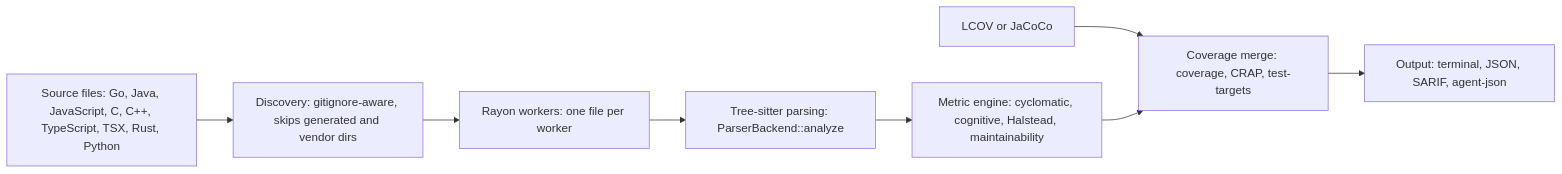
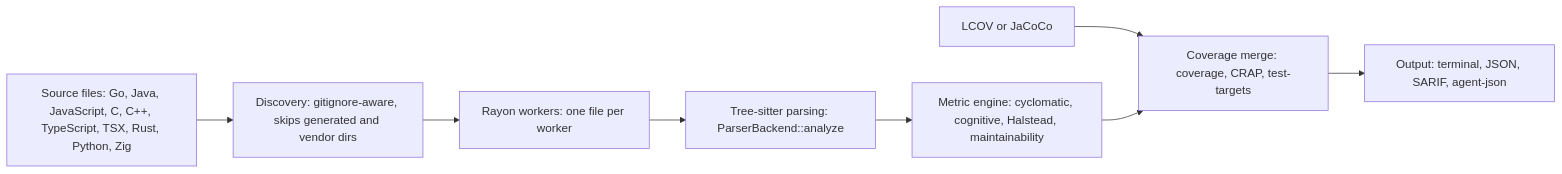
The first of 3 diagrams in README.md (jbt95/leadline), drawn with Mermaid before and after one commit. The commit also changed other lines of this file and 5 other files, not shown here.

````diff
--- a/README.md
+++ b/README.md
@@ -35,10 +35,10 @@
 ```mermaid
 flowchart LR
-    Sources["Source files: Go, Java, JavaScript, C, C++, TypeScript, TSX, Rust, Python"] --> Discovery["Discovery: gitignore-aware, skips generated and vendor dirs"]
+    Sources["Source files: Go, Java, JavaScript, C, C++, TypeScript, TSX, Rust, Python, Zig"] --> Discovery["Discovery: gitignore-aware, skips generated and vendor dirs"]
     Discovery --> Workers["Rayon workers: one file per worker"]
     Workers --> Parser["Tree-sitter parsing: ParserBackend::analyze"]
     Parser --> Engine["Metric engine: cyclomatic, cognitive, Halstead, maintainability"]
     Coverage["LCOV or JaCoCo"] --> Apply["Coverage merge: coverage, CRAP, test-targets"]
     Engine --> Apply
     Apply --> Output["Output: terminal, JSON, SARIF, agent-json"]
 ```
````
